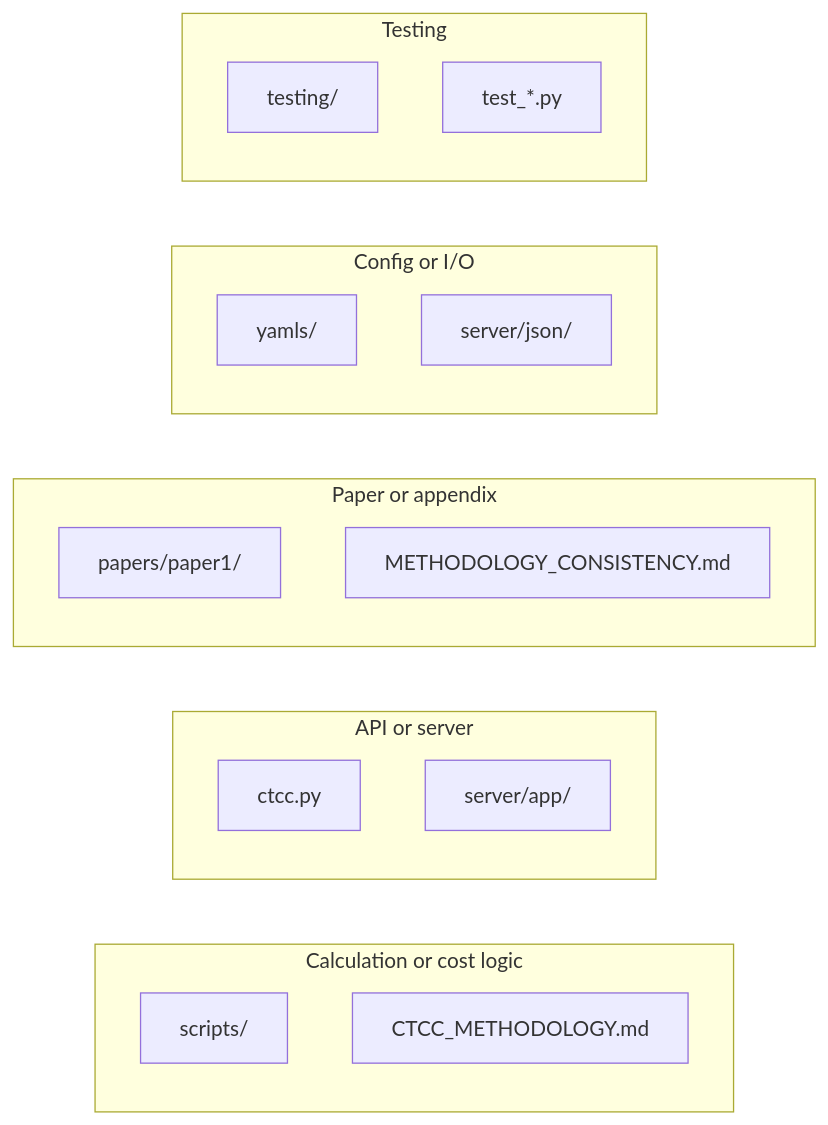
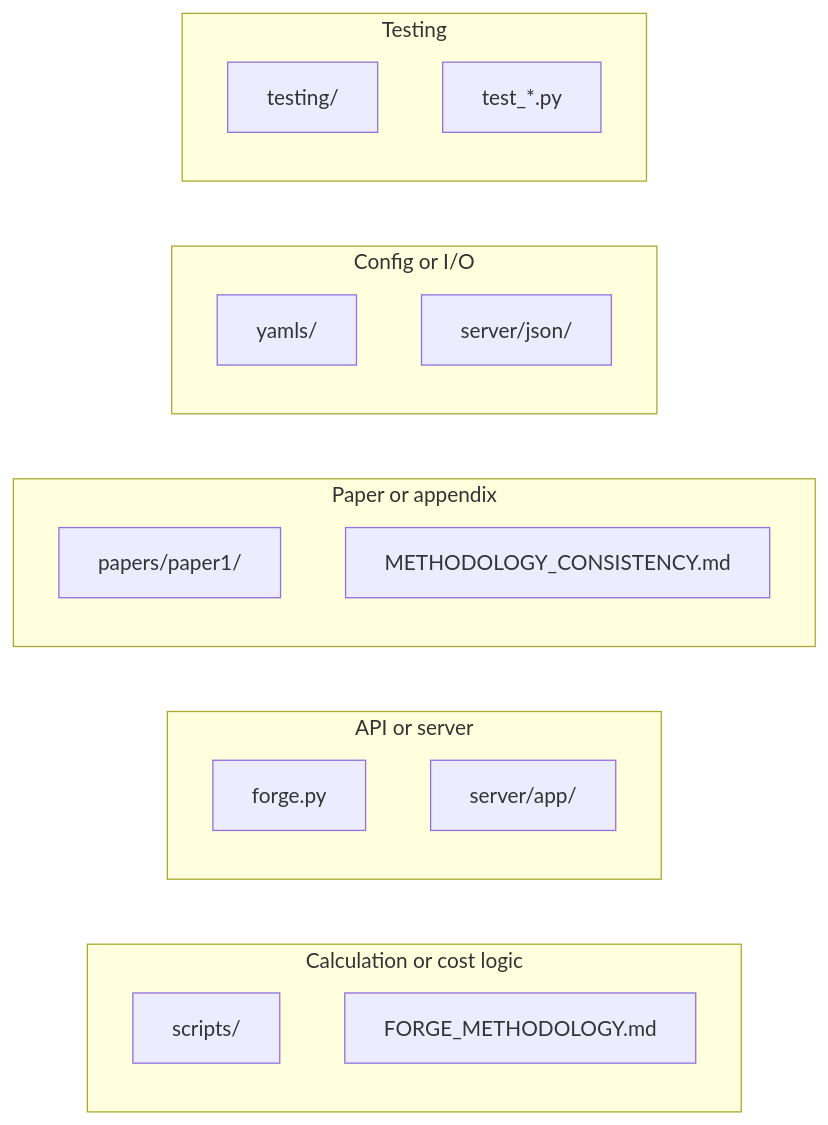
One commit to AndrewIgdal17/FORGE changed the diagram in Claude.md. Above: the diagram before and after it, drawn with Mermaid. The commit also changed other lines of this file and 24 other files, not shown here.

Commit message:
chore: rename CTCC → FORGE in configs, docs, and command files

````diff
--- a/Claude.md
+++ b/Claude.md
@@ -120,23 +120,23 @@
 ```mermaid
 flowchart LR
   subgraph calc [Calculation or cost logic]
     scripts[scripts/]
-    methodology[CTCC_METHODOLOGY.md]
+    methodology[FORGE_METHODOLOGY.md]
   end
   subgraph api [API or server]
-    ctcc[ctcc.py]
+    forge[forge.py]
     server[server/app/]
   end
   subgraph paper [Paper or appendix]
     paper1[papers/paper1/]
     consistency[METHODOLOGY_CONSISTENCY.md]
   end
   subgraph config [Config or I/O]
     yamls[yamls/]
     json[server/json/]
   end
   subgraph test [Testing]
     testing[testing/]
     testRoot["test_*.py"]
   end
 ```
````
